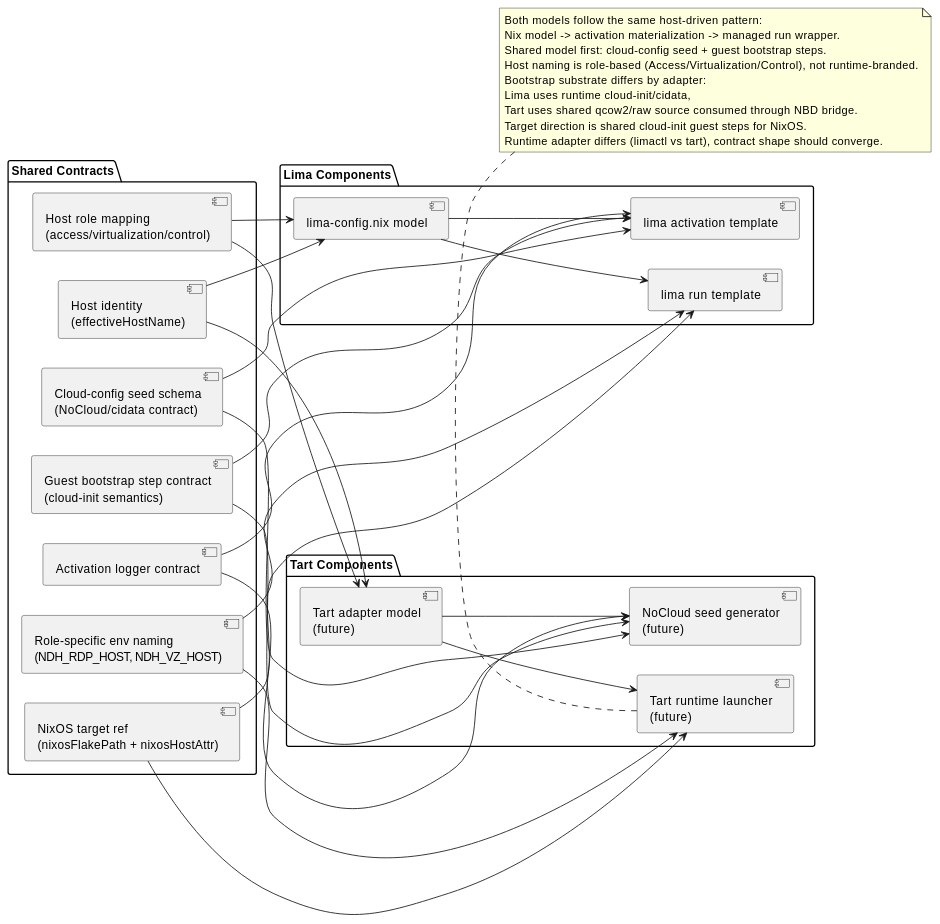
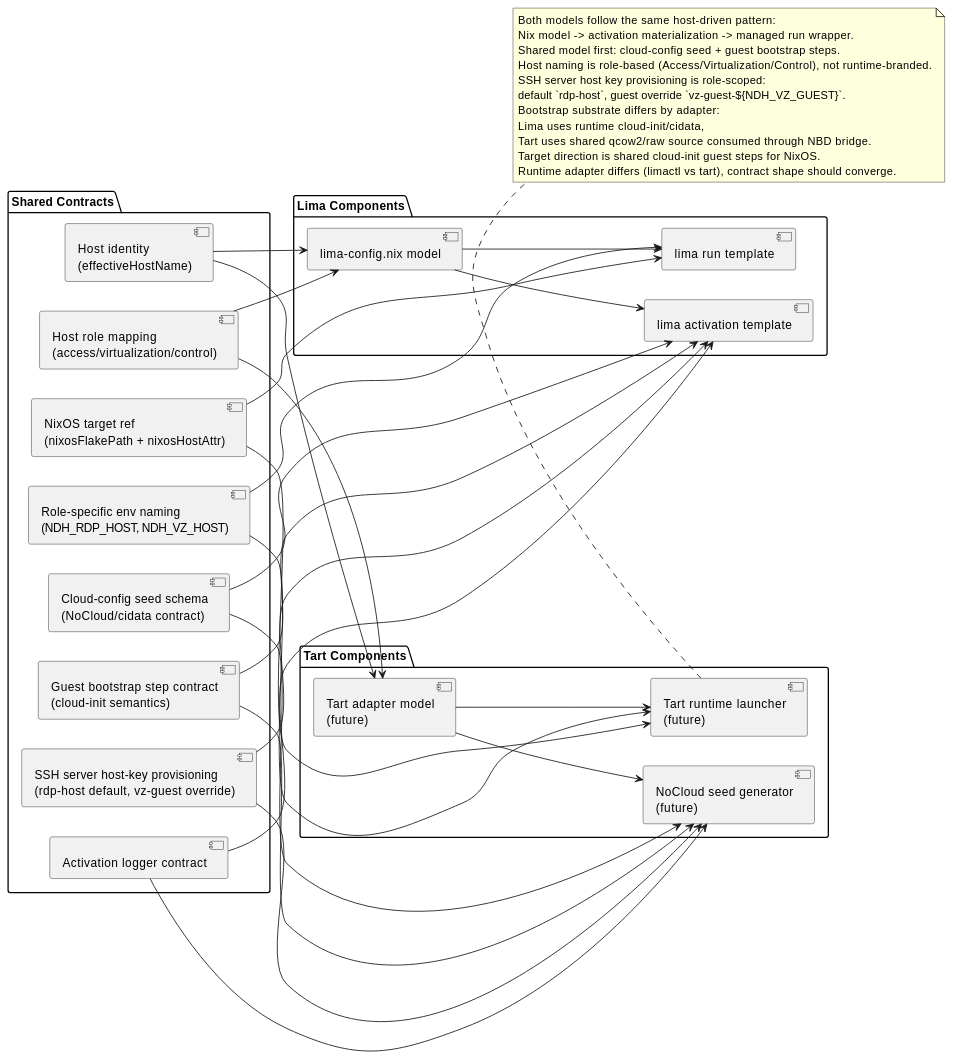
One commit to seedmatic/ndh changed the third of 3 diagrams in docs/vm-configuration-models-c4.adoc. Above: the diagram before and after it, drawn with PlantUML. The commit also changed 18 other files, not shown here.

```diff
--- a/docs/vm-configuration-models-c4.adoc
+++ b/docs/vm-configuration-models-c4.adoc
@@ -390,63 +390,68 @@
 [plantuml]
 ----
 @startuml
 ' @codebase
 left to right direction
 
 package "Shared Contracts" {
   [Host identity\n(effectiveHostName)] as identity
   [Host role mapping\n(access/virtualization/control)] as hostroles
   [Cloud-config seed schema\n(NoCloud/cidata contract)] as seed
   [Guest bootstrap step contract\n(cloud-init semantics)] as gueststeps
   [NixOS target ref\n(nixosFlakePath + nixosHostAttr)] as nixosref
   [Role-specific env naming\n(NDH_RDP_HOST, NDH_VZ_HOST)] as envnaming
+  [SSH server host-key provisioning\n(rdp-host default, vz-guest override)] as hostkeycontract
   [Activation logger contract] as actlog
 }
 
 package "Lima Components" {
   [lima-config.nix model] as lcmodel
   [lima activation template] as lcact
   [lima run template] as lcrun
 }
 
 package "Tart Components" {
   [Tart adapter model\n(future)] as tcmodel
   [NoCloud seed generator\n(future)] as tcact
   [Tart runtime launcher\n(future)] as tcrun
 }
 
 identity --> lcmodel
 identity --> tcmodel
 hostroles --> lcmodel
 hostroles --> tcmodel
 seed --> lcact
 seed --> tcact
 gueststeps --> lcact
 gueststeps --> tcact
 nixosref --> lcrun
 nixosref --> tcrun
 envnaming --> lcrun
 envnaming --> tcrun
+hostkeycontract --> lcact
+hostkeycontract --> tcact
 actlog --> lcact
 actlog --> tcact
 
 lcmodel --> lcact
 lcmodel --> lcrun
 
 tcmodel --> tcact
 
 tcmodel --> tcrun
 
 note bottom
   Both models follow the same host-driven pattern:
   Nix model -> activation materialization -> managed run wrapper.
   Shared model first: cloud-config seed + guest bootstrap steps.
   Host naming is role-based (Access/Virtualization/Control), not runtime-branded.
+  SSH server host key provisioning is role-scoped:
+  default `rdp-host`, guest override `vz-guest-${NDH_VZ_GUEST}`.
   Bootstrap substrate differs by adapter:
   Lima uses runtime cloud-init/cidata,
   Tart uses shared qcow2/raw source consumed through NBD bridge.
   Target direction is shared cloud-init guest steps for NixOS.
   Runtime adapter differs (limactl vs tart), contract shape should converge.
 end note
 @enduml
 ----
```
